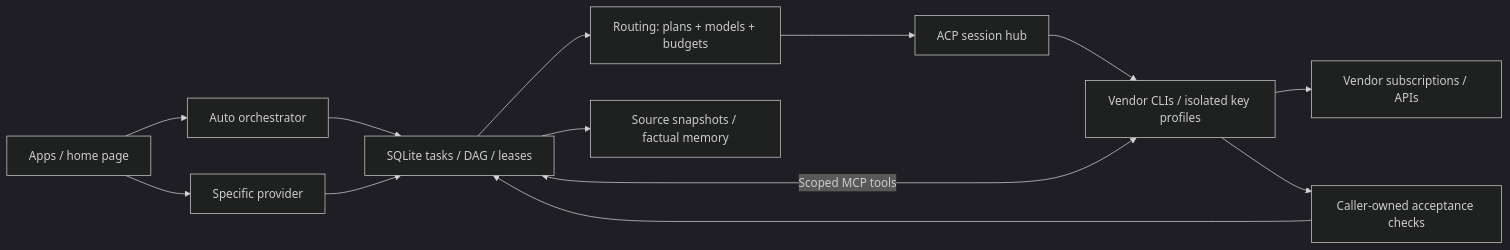
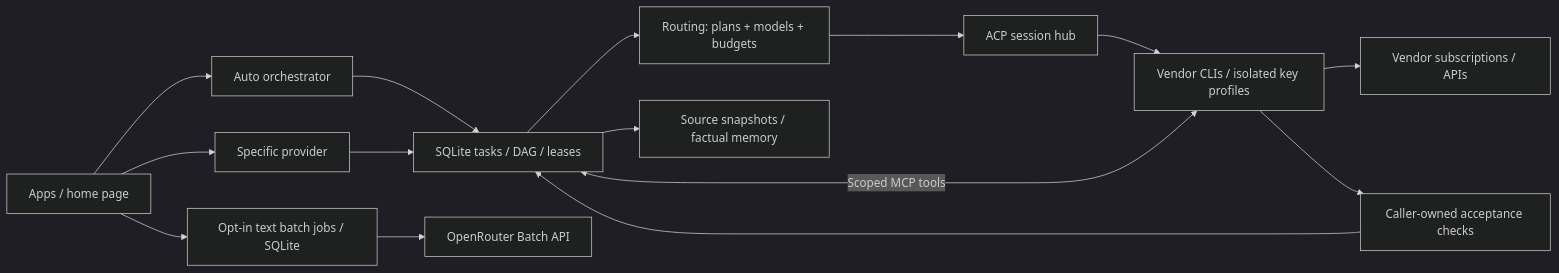
One commit to briq-cloud/agent-home changed the diagram in README.md. Above: the diagram before and after it, drawn with Mermaid (dark theme). The commit also changed other lines of this file and 25 other files, not shown here.

````diff
--- a/README.md
+++ b/README.md
@@ -31,15 +31,17 @@
 ```mermaid
 flowchart LR
   App[Apps / home page] --> Direct[Specific provider]
   App --> Auto[Auto orchestrator]
   Auto --> Tasks[SQLite tasks / DAG / leases]
   Tasks --> Router[Routing: plans + models + budgets]
   Tasks --> Context[Source snapshots / factual memory]
   Router --> Hub[ACP session hub]
   Direct --> Tasks
   Hub --> CLI[Vendor CLIs / isolated key profiles]
   CLI --> Vendor[Vendor subscriptions / APIs]
   CLI <-->|Scoped MCP tools| Tasks
   CLI --> Verify[Caller-owned acceptance checks]
   Verify --> Tasks
+  App --> Batch[Opt-in text batch jobs / SQLite]
+  Batch --> OR[OpenRouter Batch API]
 ```
````
